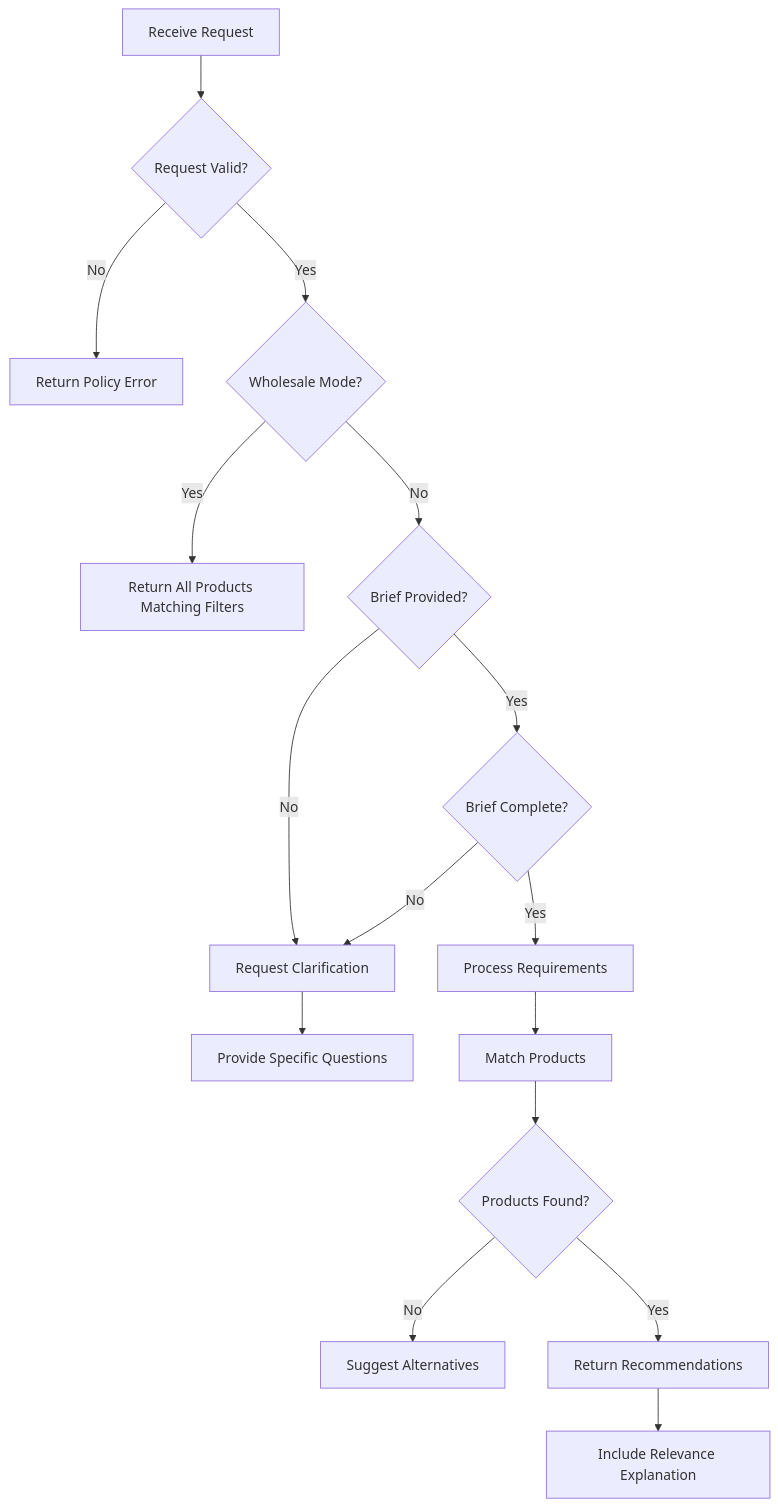
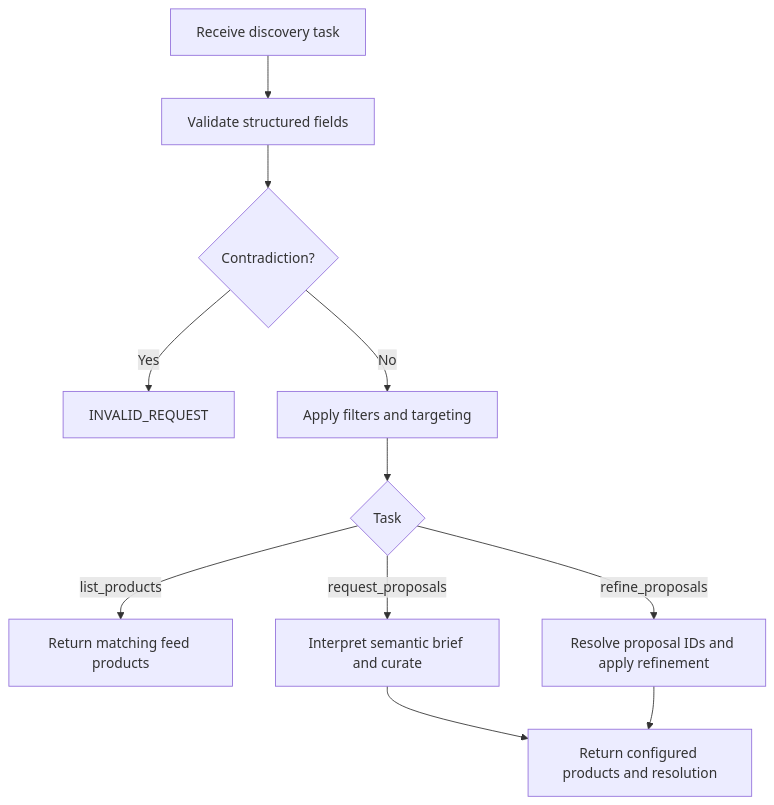
One commit to adcontextprotocol/adcp changed the diagram in docs/media-buy/product-discovery/brief-expectations.mdx. Above: the diagram before and after it, drawn with Mermaid. The commit also changed other lines of this file and 78 other files, not shown here.

Commit message:
feat(media-buy): add targeting-aware product discovery

````diff
--- a/docs/media-buy/product-discovery/brief-expectations.mdx
+++ b/docs/media-buy/product-discovery/brief-expectations.mdx
@@ -307,18 +146,13 @@
 ```mermaid
 graph TD
-    A[Receive Request] --> B{Request Valid?}
-    B -->|No| C[Return Policy Error]
-    B -->|Yes| W{Wholesale Mode?}
-    W -->|Yes| M[Return All Products Matching Filters]
-    W -->|No| D{Brief Provided?}
-    D -->|No| F[Request Clarification]
-    D -->|Yes| E{Brief Complete?}
-    E -->|No| F
-    E -->|Yes| G[Process Requirements]
-    F --> H[Provide Specific Questions]
-    G --> I[Match Products]
-    I --> J{Products Found?}
-    J -->|No| K[Suggest Alternatives]
-    J -->|Yes| L[Return Recommendations]
-    L --> N[Include Relevance Explanation]
+    A[Receive discovery task] --> B[Validate structured fields]
+    B --> C{Contradiction?}
+    C -->|Yes| D[INVALID_REQUEST]
+    C -->|No| E[Apply filters and targeting]
+    E --> F{Task}
+    F -->|list_products| G[Return matching feed products]
+    F -->|request_proposals| H[Interpret semantic brief and curate]
+    F -->|refine_proposals| I[Resolve proposal IDs and apply refinement]
+    H --> J[Return configured products and resolution]
+    I --> J
 ```
````
